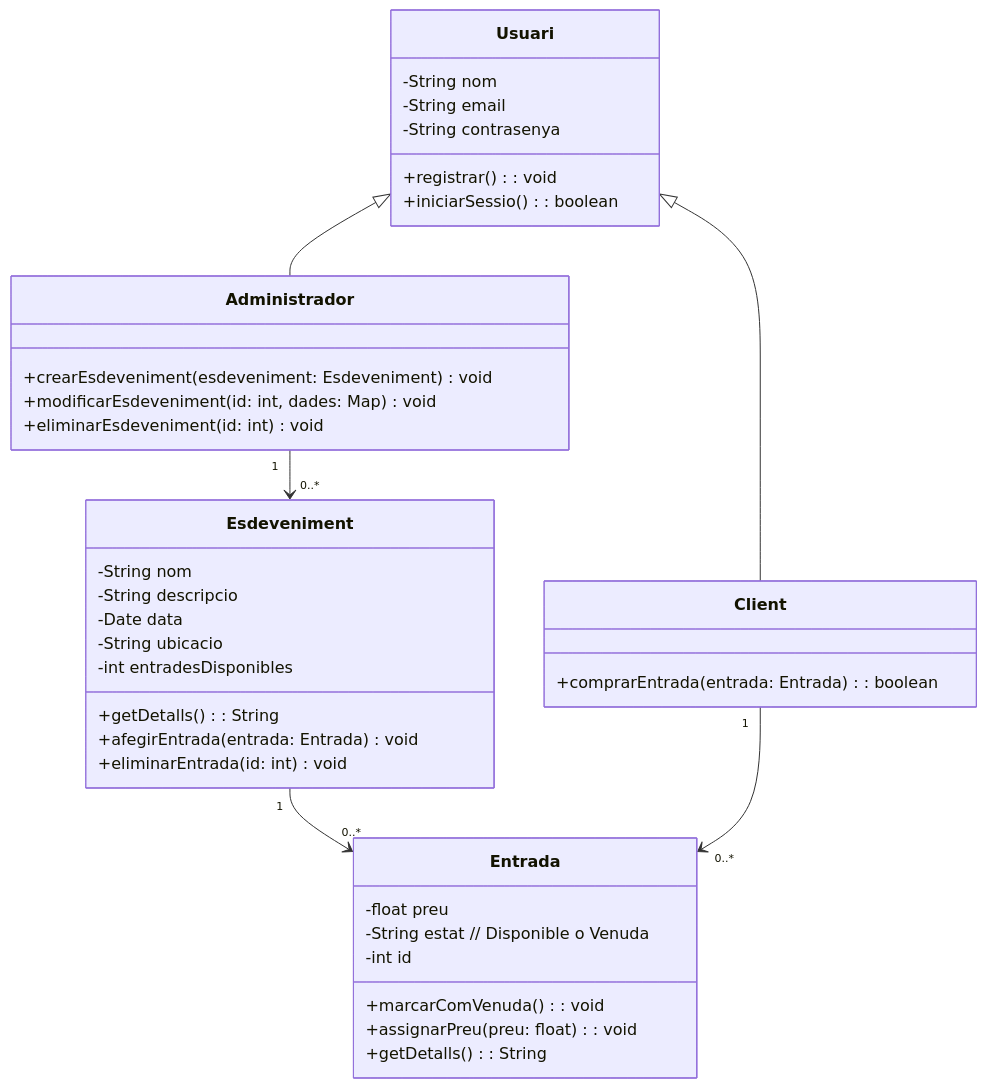
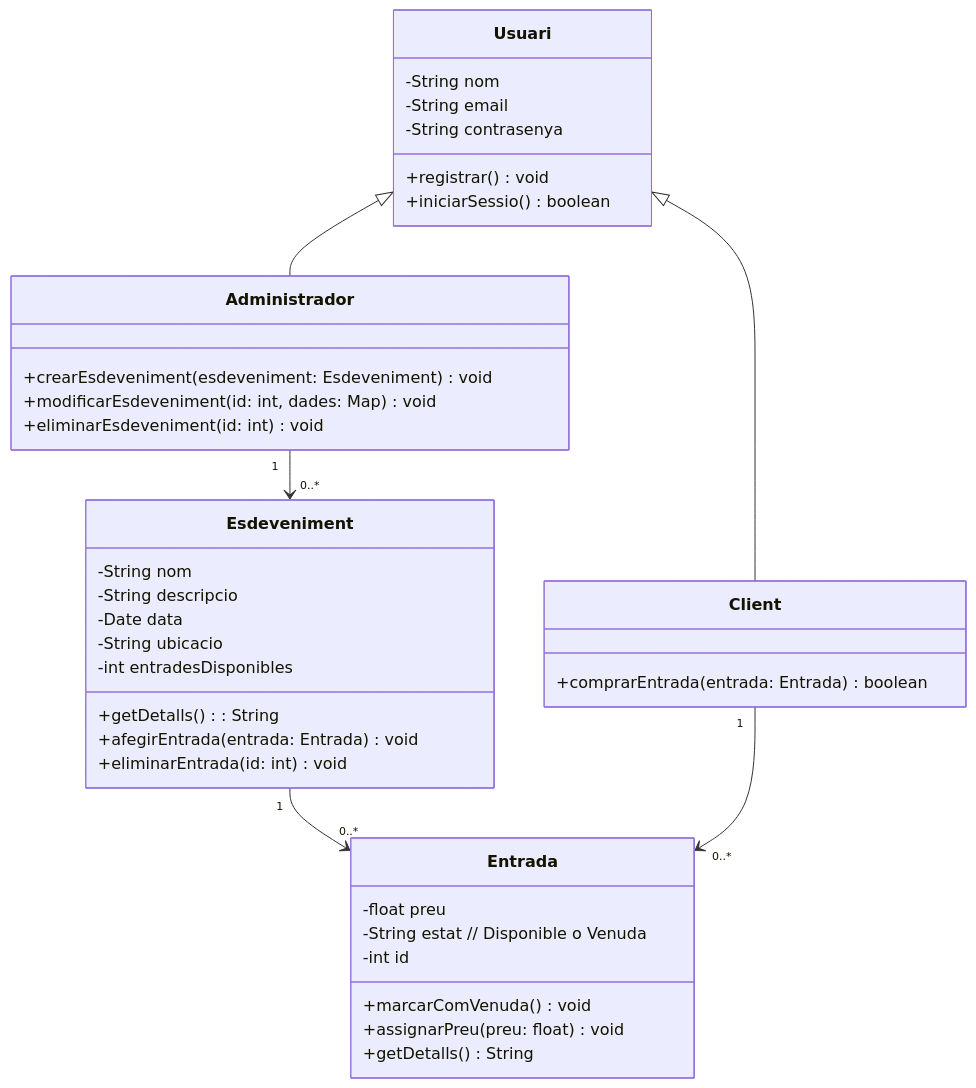
One commit to Ruben2006676/TapatApp changed the diagram in AppGestioEntrades.mermaid. Above: the diagram before and after it, drawn with Mermaid.

Commit message:
AppGestioEntrades.mermaid

```diff
--- a/AppGestioEntrades.mermaid
+++ b/AppGestioEntrades.mermaid
@@ -1,44 +1,44 @@
 classDiagram
     Usuari <|-- Client
     Usuari <|-- Administrador
     Esdeveniment "1" --> "0..*" Entrada
     Client "1" --> "0..*" Entrada
     Administrador "1" --> "0..*" Esdeveniment
 
     class Usuari {
         -String nom
         -String email
         -String contrasenya
-        +registrar(): void
-        +iniciarSessio(): boolean
+        +registrar() void
+        +iniciarSessio() boolean
     }
 
     class Client {
-        +comprarEntrada(entrada: Entrada): boolean
+        +comprarEntrada(entrada: Entrada) boolean
     }
 
     class Administrador {
         +crearEsdeveniment(esdeveniment: Esdeveniment) void
         +modificarEsdeveniment(id: int, dades: Map) void
         +eliminarEsdeveniment(id: int) void
     }
 
     class Esdeveniment {
         -String nom
         -String descripcio
         -Date data
         -String ubicacio
         -int entradesDisponibles
         +getDetalls(): String
         +afegirEntrada(entrada: Entrada) void
         +eliminarEntrada(id: int) void
     }
 
     class Entrada {
         -float preu
         -String estat // Disponible o Venuda
         -int id
-        +marcarComVenuda(): void
-        +assignarPreu(preu: float): void
-        +getDetalls(): String
+        +marcarComVenuda() void
+        +assignarPreu(preu: float) void
+        +getDetalls() String
     }
```
